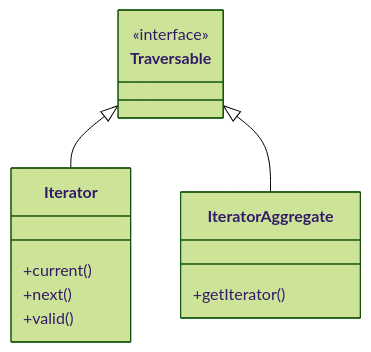
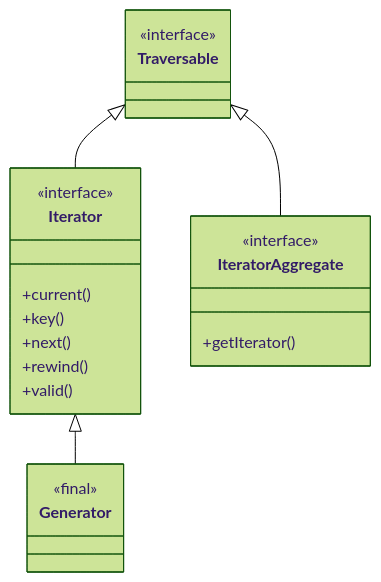
The first of 2 diagrams in docs/php-web-security/spl.md (jasseryah-mazars/Sf-8.0), drawn with Mermaid (forest theme) before and after one commit. The commit also changed other lines of this file and 14 other files, not shown here.

````diff
--- a/docs/php-web-security/spl.md
+++ b/docs/php-web-security/spl.md
@@ -99,10 +173,24 @@
 ```mermaid
 classDiagram
-    class Traversable { <<interface>> }
+    class Traversable {
+        <<interface>>
+    }
+    class Iterator {
+        <<interface>>
+        +current()
+        +key()
+        +next()
+        +rewind()
+        +valid()
+    }
+    class IteratorAggregate {
+        <<interface>>
+        +getIterator()
+    }
+    class Generator {
+        <<final>>
+    }
     Traversable <|-- Iterator
     Traversable <|-- IteratorAggregate
-    Iterator : +current()
-    Iterator : +next()
-    Iterator : +valid()
-    IteratorAggregate : +getIterator()
+    Iterator <|-- Generator
 ```
````
